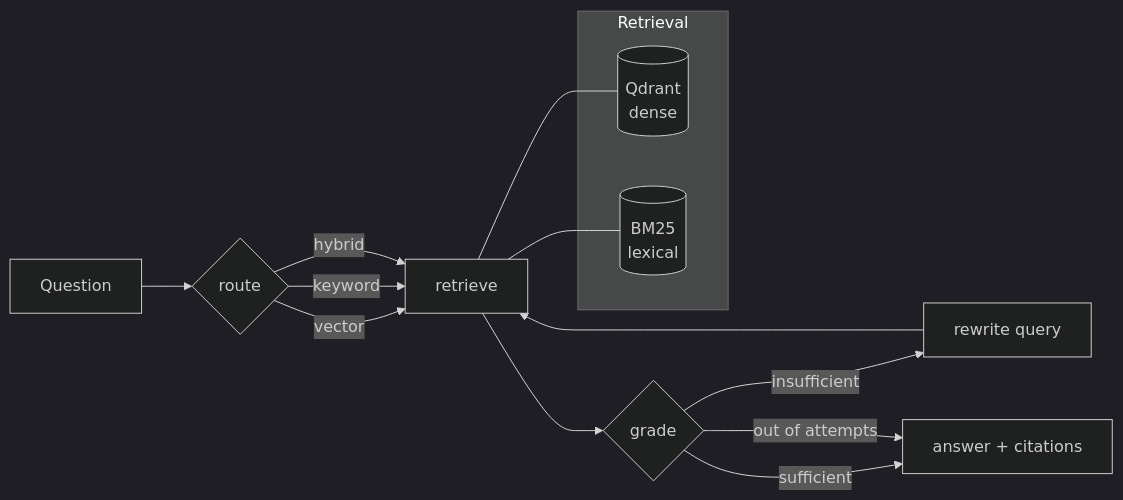
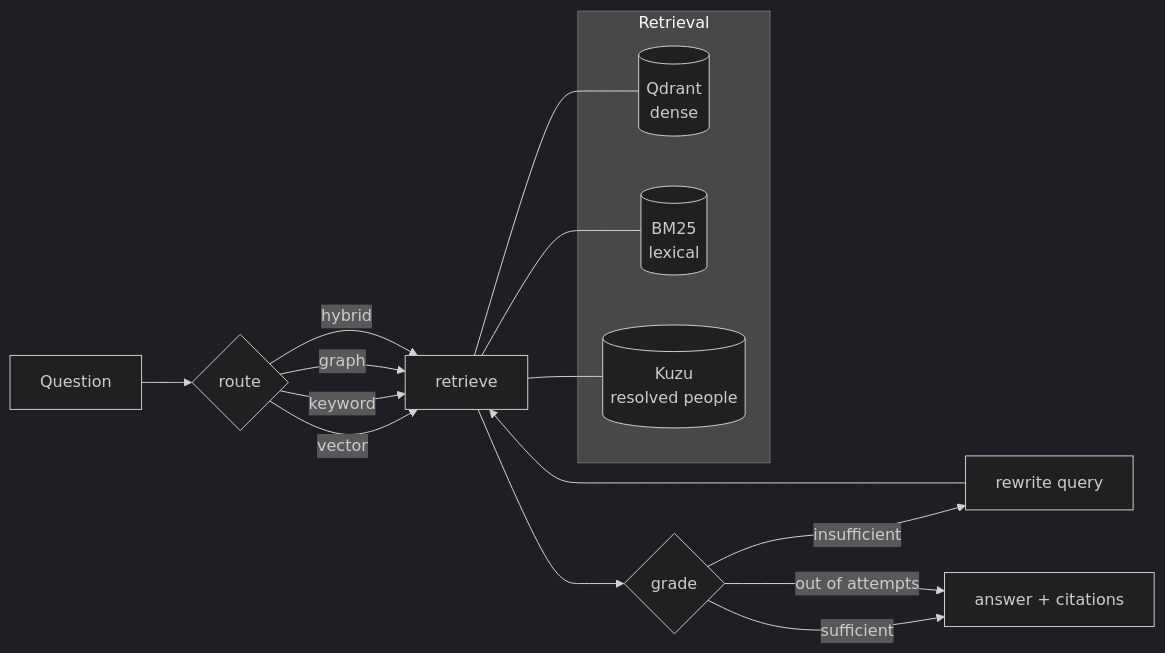
Before and after one commit to AnjanaSuresh01/anchor: the diagram in README.md, drawn with Mermaid (dark theme). The commit also changed other lines of this file and 3 other files, not shown here.

First line of the commit message:
Publish the full 200-run architecture comparison

````diff
--- a/README.md
+++ b/README.md
@@ -17,19 +17,22 @@
 ```mermaid
 flowchart LR
     Q[Question] --> R{route}
     R -->|vector| RET[retrieve]
     R -->|keyword| RET
+    R -->|graph| RET
     R -->|hybrid| RET
     RET --> G{grade}
     G -->|insufficient| RW[rewrite query]
     RW --> RET
     G -->|sufficient| A[answer + citations]
     G -->|out of attempts| A
 
     subgraph Retrieval
         V[(Qdrant<br/>dense)]
         B[(BM25<br/>lexical)]
+        K[(Kuzu<br/>resolved people)]
     end
     RET --- V
     RET --- B
+    RET --- K
 ```
````
